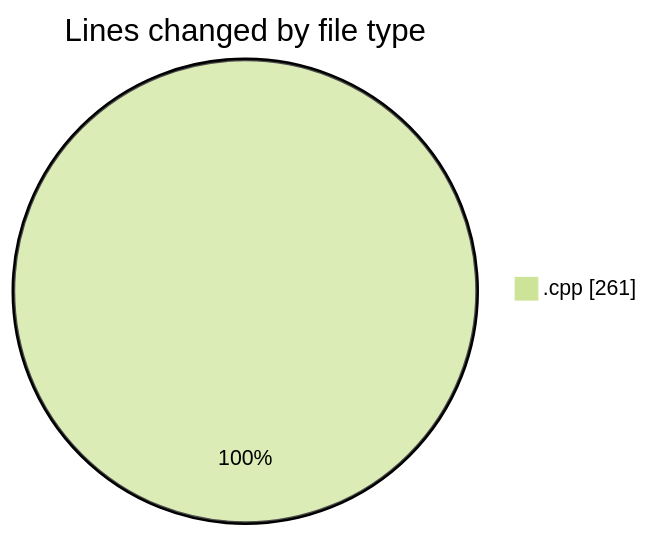
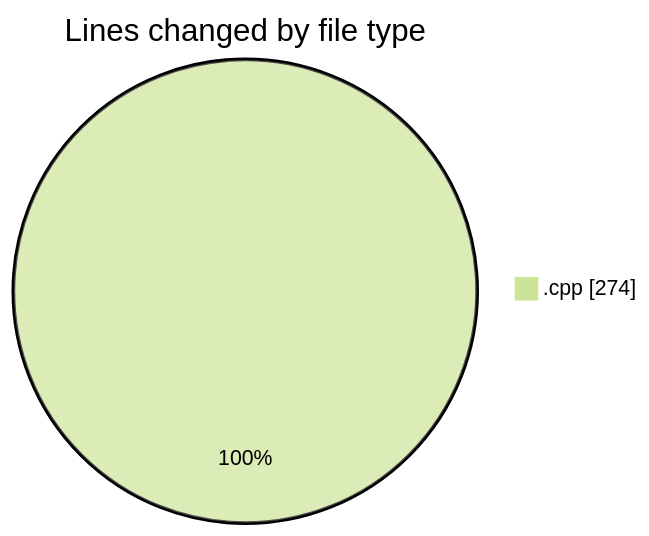
One commit to Netris89/code-tracking changed the first of 2 diagrams in 2025-04-24/echo/README.md. Above: the diagram before and after it, drawn with Mermaid (forest theme). The commit also changed other lines of this file and 1 other file, not shown here.

````diff
--- a/2025-04-24/echo/README.md
+++ b/2025-04-24/echo/README.md
@@ -20,5 +20,5 @@
 ```mermaid
 pie showData
 title Lines changed by file type
-".cpp" : 261
+".cpp" : 274
 ```
````
